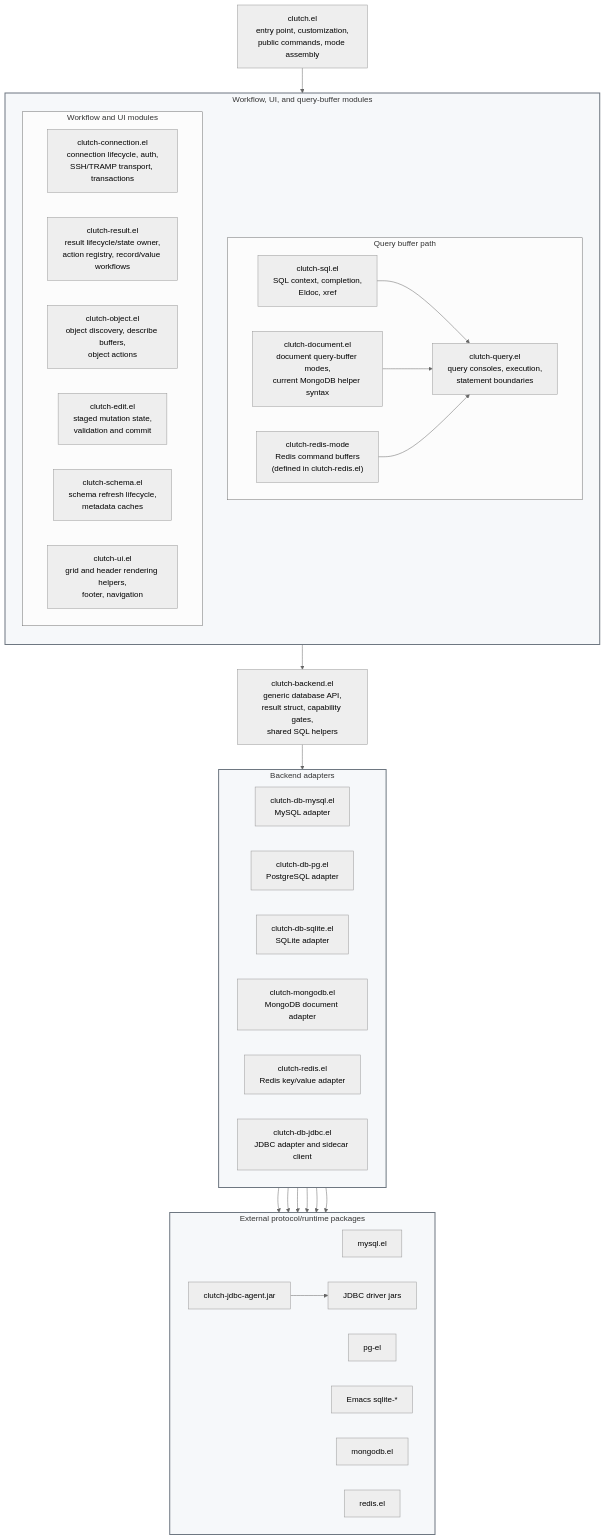
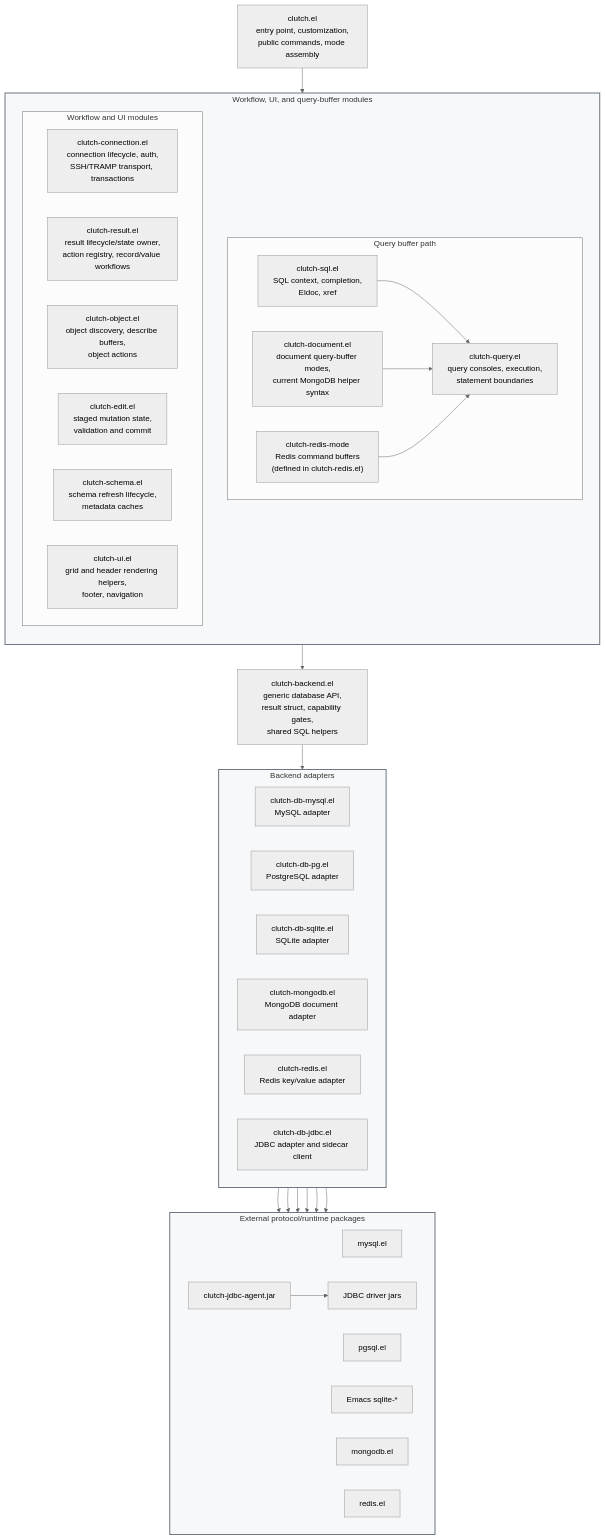
Before and after one commit to LuciusChen/clutch: the first of 6 diagrams in docs/architecture.md, drawn with Mermaid (neutral theme). The commit also changed 16 other files, not shown here.

````diff
--- a/docs/architecture.md
+++ b/docs/architecture.md
@@ -7,68 +7,68 @@
 ```mermaid
 flowchart TB
   Entry["clutch.el<br/>entry point, customization,<br/>public commands, mode assembly"]
 
   subgraph Workflow["Workflow, UI, and query-buffer modules"]
     direction TB
     subgraph QueryPath["Query buffer path"]
       direction LR
       SQL["clutch-sql.el<br/>SQL context, completion,<br/>Eldoc, xref"]
       Document["clutch-document.el<br/>document query-buffer modes,<br/>current MongoDB helper syntax"]
       RedisQuery["clutch-redis-mode<br/>Redis command buffers<br/>(defined in clutch-redis.el)"]
       Query["clutch-query.el<br/>query consoles, execution,<br/>statement boundaries"]
     end
 
     subgraph WorkflowModules["Workflow and UI modules"]
       direction LR
       Conn["clutch-connection.el<br/>connection lifecycle, auth,<br/>SSH/TRAMP transport, transactions"]
       Result["clutch-result.el<br/>result lifecycle/state owner,<br/>action registry, record/value workflows"]
       Object["clutch-object.el<br/>object discovery, describe buffers,<br/>object actions"]
       Edit["clutch-edit.el<br/>staged mutation state,<br/>validation and commit"]
       Schema["clutch-schema.el<br/>schema refresh lifecycle,<br/>metadata caches"]
       UI["clutch-ui.el<br/>grid and header rendering helpers,<br/>footer, navigation"]
     end
   end
 
   Facade["clutch-backend.el<br/>generic database API,<br/>result struct, capability gates,<br/>shared SQL helpers"]
 
   subgraph Adapters["Backend adapters"]
     direction LR
     MySQL["clutch-db-mysql.el<br/>MySQL adapter"]
     PG["clutch-db-pg.el<br/>PostgreSQL adapter"]
     SQLite["clutch-db-sqlite.el<br/>SQLite adapter"]
     Mongo["clutch-mongodb.el<br/>MongoDB document adapter"]
     Redis["clutch-redis.el<br/>Redis key/value adapter"]
     JDBC["clutch-db-jdbc.el<br/>JDBC adapter and sidecar client"]
   end
 
   subgraph External["External protocol/runtime packages"]
     direction LR
     MySQLExt["mysql.el"]
-    PGExt["pg-el"]
+    PGExt["pgsql.el"]
     SQLiteExt["Emacs sqlite-*"]
     MongoExt["mongodb.el"]
     RedisExt["redis.el"]
     Agent["clutch-jdbc-agent.jar"]
     Drivers["JDBC driver jars"]
   end
 
   style Workflow fill:#f6f8fa,stroke:#6e7781,stroke-width:2px
   style Adapters fill:#f6f8fa,stroke:#6e7781,stroke-width:2px
   style External fill:#f6f8fa,stroke:#6e7781,stroke-width:2px
 
   Entry --> Workflow
   Workflow --> Facade
   Facade --> Adapters
 
   SQL --> Query
   Document --> Query
   RedisQuery --> Query
 
   MySQL --> MySQLExt
   PG --> PGExt
   SQLite --> SQLiteExt
   Mongo --> MongoExt
   Redis --> RedisExt
   JDBC --> Agent
   Agent --> Drivers
 ```
````
